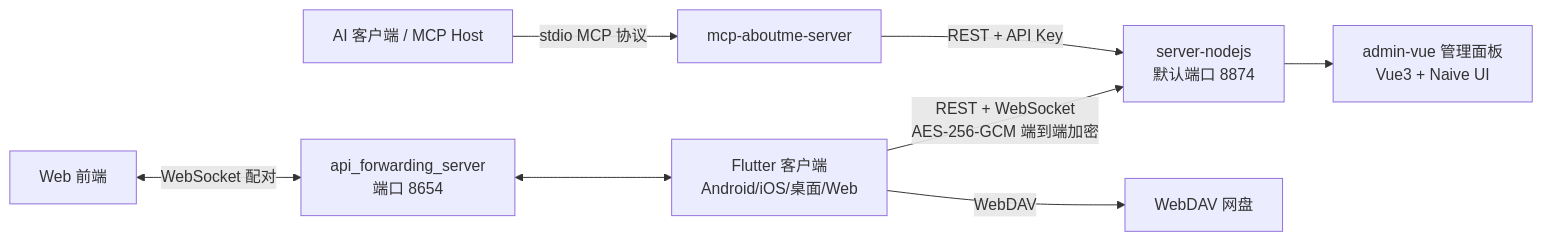
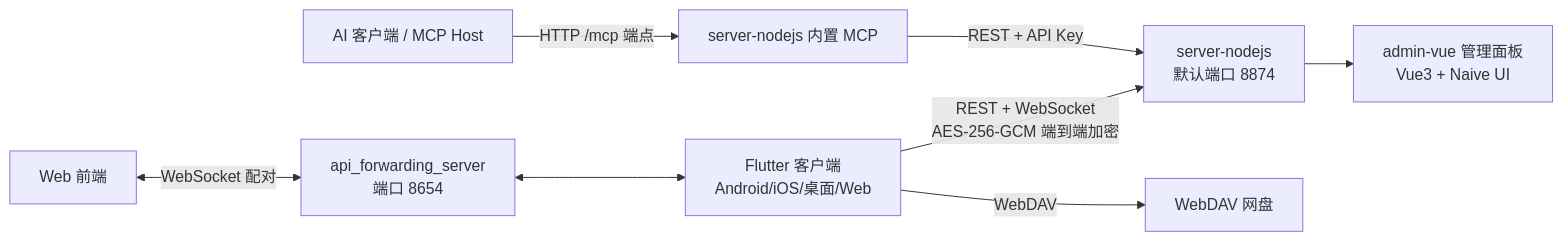
One commit to hunmer/about-me changed the diagram in claude/overview.md. Above: the diagram before and after it, drawn with Mermaid. The commit also changed 55 other files, not shown here.

````diff
--- a/claude/overview.md
+++ b/claude/overview.md
@@ -16,10 +16,10 @@
 ```mermaid
 graph LR
     App[Flutter 客户端<br/>Android/iOS/桌面/Web] -->|REST + WebSocket<br/>AES-256-GCM 端到端加密| Server[server-nodejs<br/>默认端口 8874]
     App -->|WebDAV| Cloud[WebDAV 网盘]
     Server --> Admin[admin-vue 管理面板<br/>Vue3 + Naive UI]
-    AI[AI 客户端 / MCP Host] -->|stdio MCP 协议| MCP[mcp-aboutme-server]
+    AI[AI 客户端 / MCP Host] -->|HTTP /mcp 端点| MCP["server-nodejs 内置 MCP"]
     MCP -->|REST + API Key| Server
     Web[Web 前端] <-->|WebSocket 配对| FWD[api_forwarding_server<br/>端口 8654]
     FWD <--> App
 ```
````
